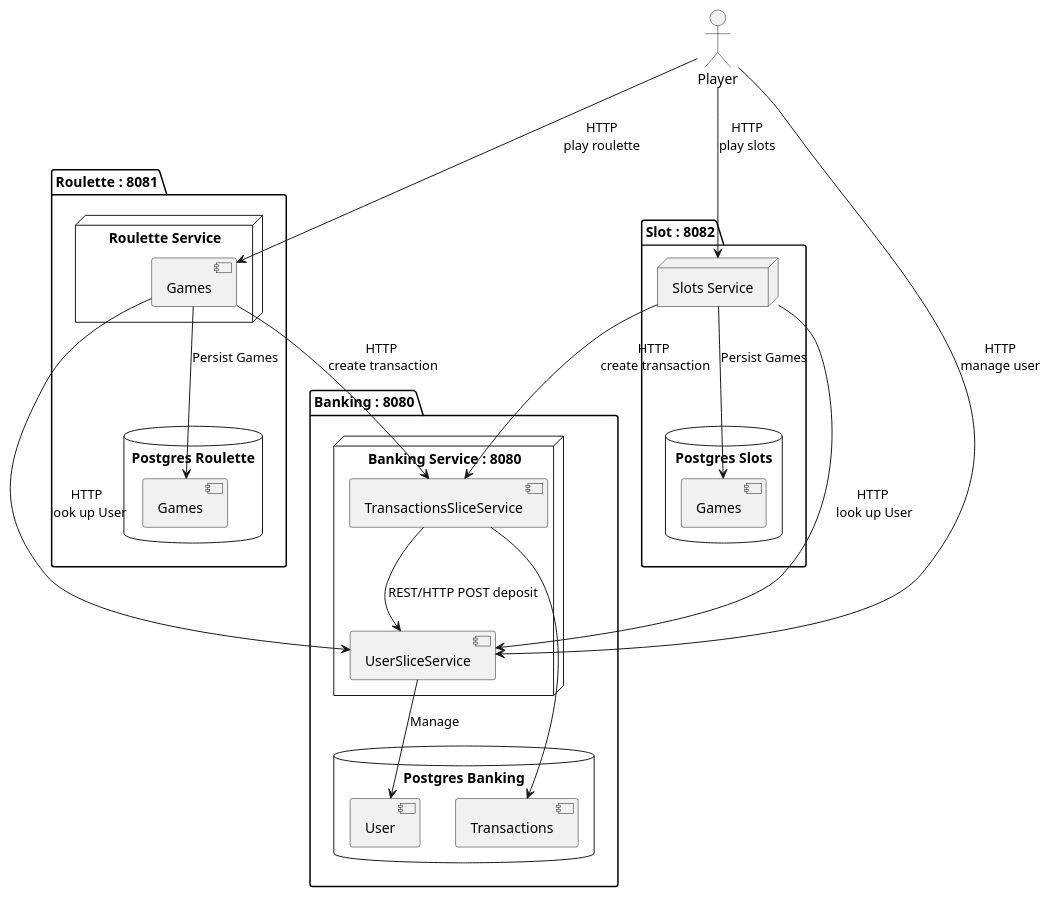
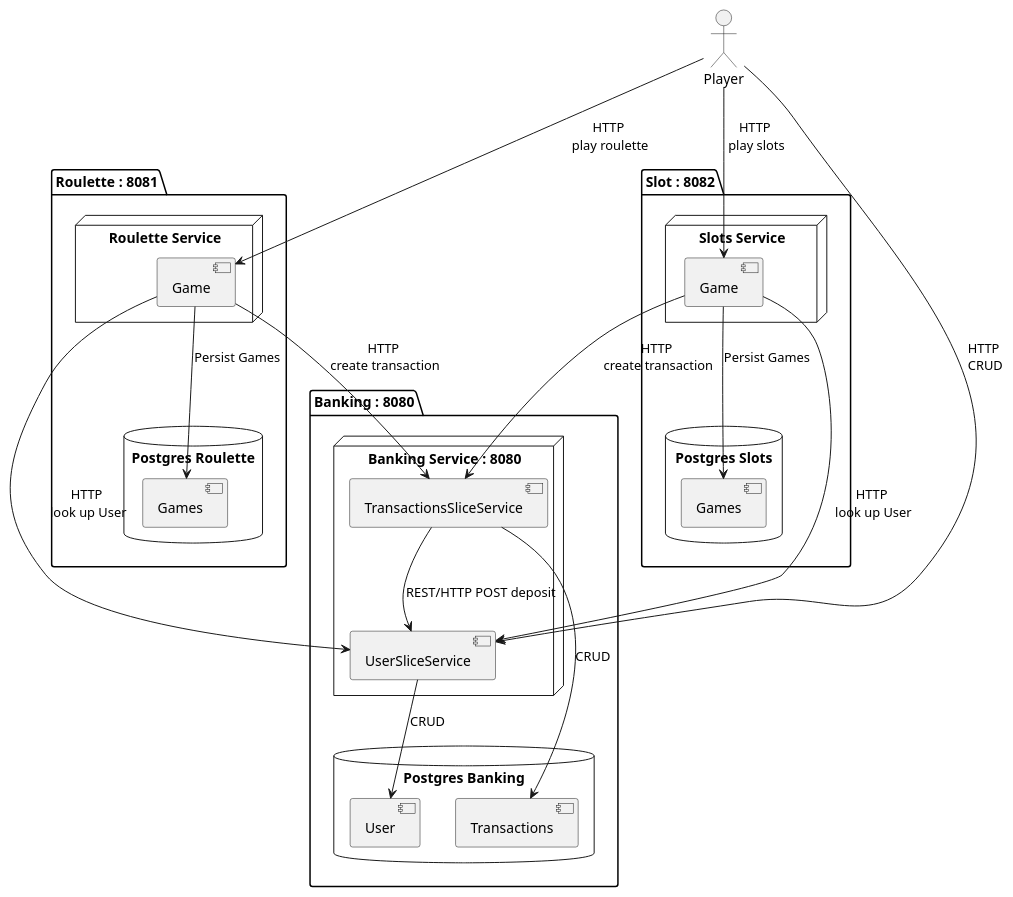
The diagram in SystemPlant.puml (Xmenn1000/Softwareengineering-Casino-Beleg), drawn with PlantUML before and after one commit. The commit also changed 9 other files, not shown here.

Commit message:
chore(banking, root): update UML diagram and folder structure

```diff
--- a/SystemPlant.puml
+++ b/SystemPlant.puml
@@ -1,54 +1,55 @@
 @startuml
 
 actor Player
 
 package "Banking : 8080" {
   node "Banking Service : 8080" as banking {
     [UserSliceService]
     [TransactionsSliceService]
   }
 
   database "Postgres Banking" {
     [User]
     [Transactions]
   }
 }
 
 package "Roulette : 8081" as Roulette {
   node "Roulette Service" as RouletteService {
-    [Games] as RouletteGames
+    [Game] as RouletteGames
   }
 
   database "Postgres Roulette" {
     [Games] as RouletteGameTable
   }
 
   RouletteGames --> RouletteGameTable : Persist Games
 }
 
 package "Slot : 8082" as Slots {
   node "Slots Service" as SlotService {
+      [Game] as SlotGames
   }
 
   database "Postgres Slots" {
     [Games] as SlotGame
   }
 
-  SlotService --> SlotGame : Persist Games
+  SlotGames --> SlotGame : Persist Games
 }
 
-Player --> [UserSliceService] : HTTP\nmanage user
-Player --> SlotService : HTTP\nplay slots
-Player --> RouletteGames : HTTP\nplay roulette
+Player --> [UserSliceService] : HTTP\n CRUD
+Player --> SlotGames : HTTP\n play slots
+Player --> RouletteGames : HTTP\n play roulette
 
-[UserSliceService] --> [User] : Manage
-TransactionsSliceService --> [Transactions]
+[UserSliceService] --> [User] : CRUD
+TransactionsSliceService --> [Transactions] : CRUD
 [TransactionsSliceService] --> [UserSliceService] : REST/HTTP POST deposit
 
-SlotService --> [TransactionsSliceService] : HTTP\n create transaction
+SlotGames --> [TransactionsSliceService] : HTTP\n create transaction
 RouletteGames --> [TransactionsSliceService] : HTTP\n create transaction
 
-SlotService --> [UserSliceService] : HTTP\n look up User
+SlotGames --> [UserSliceService] : HTTP\n look up User
 RouletteGames --> [UserSliceService] : HTTP\n look up User
 
 @enduml
```
